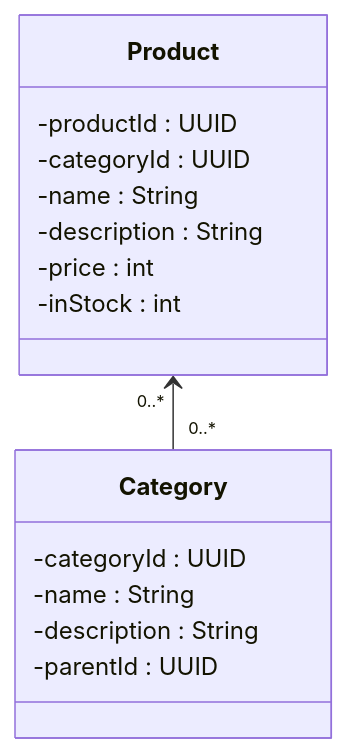
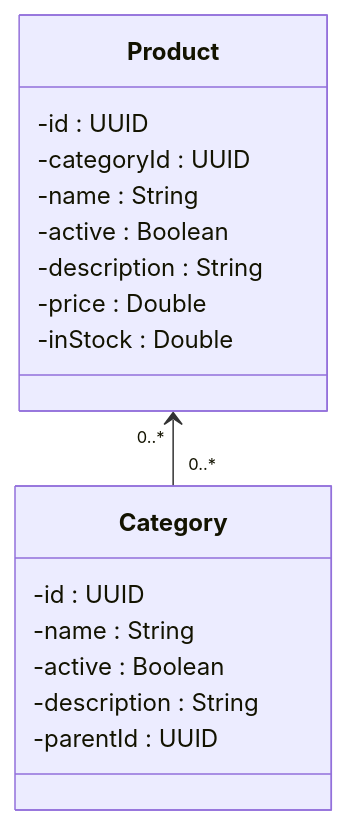
One commit to fruzsina-banyai/webshop changed the third of 6 diagrams in documentation/product_catalog/product_catalog.md. Above: the diagram before and after it, drawn with Mermaid. The commit also changed other lines of this file, not shown here.

````diff
--- a/documentation/product_catalog/product_catalog.md
+++ b/documentation/product_catalog/product_catalog.md
@@ -19,18 +19,20 @@
 ```mermaid
 classDiagram
   Product "0..*" <-- "0..*" Category
   class Product {
-    -productId : UUID
+    -id : UUID
     -categoryId : UUID
     -name : String
+    -active : Boolean
     -description : String
-    -price : int
-    -inStock : int
+    -price : Double
+    -inStock : Double
   }
   class Category {
-    -categoryId : UUID
+    -id : UUID
     -name : String
+    -active : Boolean
     -description : String
     -parentId : UUID
   }
 ```
````
